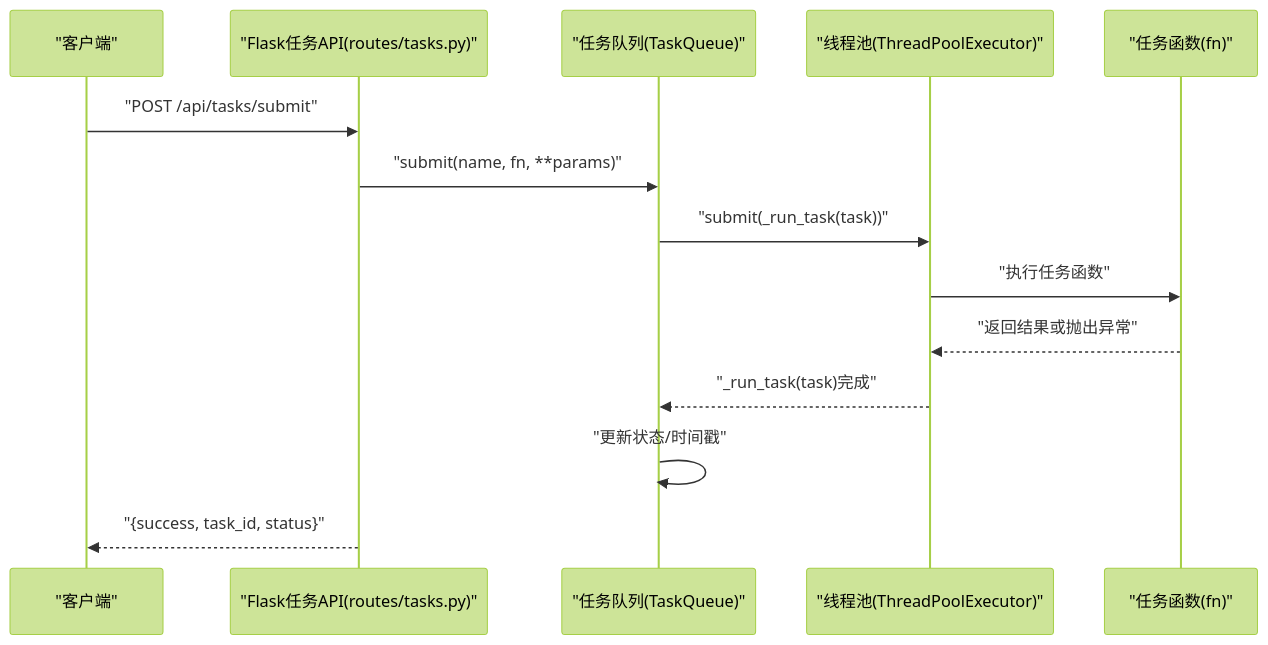
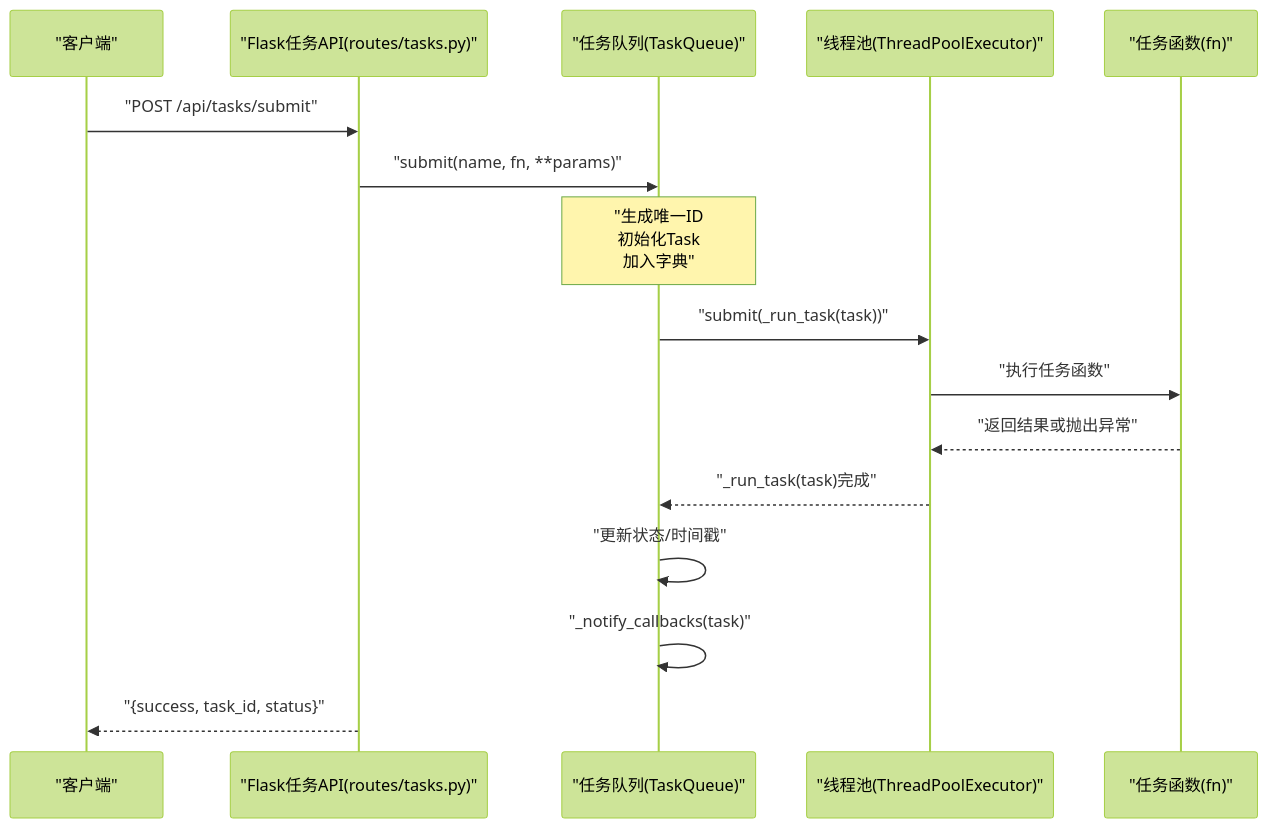
Before and after one commit to Magicer2024/AIQuant: the second of 9 diagrams in .qoder/repowiki/zh/content/核心模块/数据管理层/任务队列系统.md, drawn with Mermaid (forest theme). The commit also changed other lines of this file and 62 other files, not shown here.

First line of the commit message:
refactor: migrate modules to 六部 ministries architecture

````diff
--- a/.qoder/repowiki/zh/content/核心模块/数据管理层/任务队列系统.md
+++ b/.qoder/repowiki/zh/content/核心模块/数据管理层/任务队列系统.md
@@ -138,16 +118,18 @@
 ```mermaid
 sequenceDiagram
 participant Client as "客户端"
 participant API as "Flask任务API(routes/tasks.py)"
 participant Queue as "任务队列(TaskQueue)"
 participant Exec as "线程池(ThreadPoolExecutor)"
 participant Fn as "任务函数(fn)"
 Client->>API : "POST /api/tasks/submit"
 API->>Queue : "submit(name, fn, **params)"
+Note over Queue : "生成唯一ID<br/>初始化Task<br/>加入字典"
 Queue->>Exec : "submit(_run_task(task))"
 Exec->>Fn : "执行任务函数"
 Fn-->>Exec : "返回结果或抛出异常"
 Exec-->>Queue : "_run_task(task)完成"
 Queue->>Queue : "更新状态/时间戳"
+Queue->>Queue : "_notify_callbacks(task)"
 API-->>Client : "{success, task_id, status}"
 ```
````
